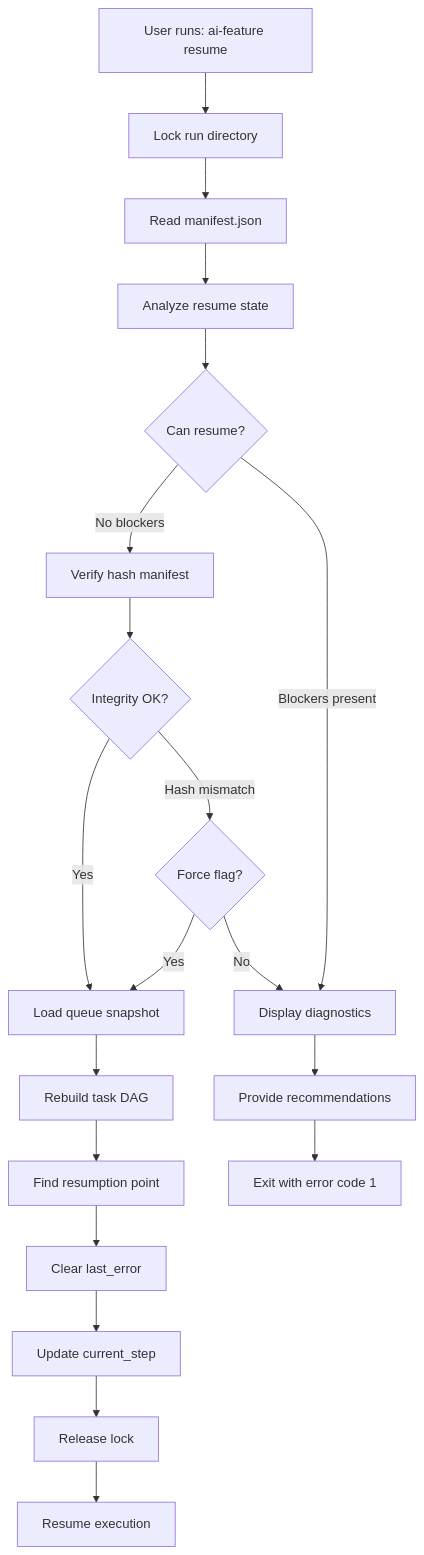
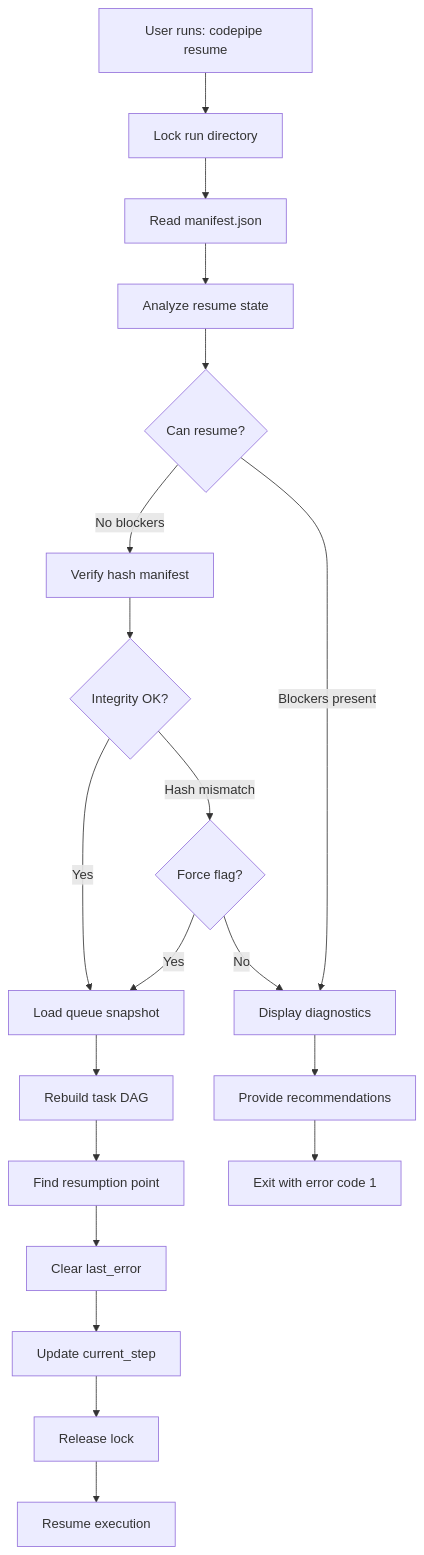
One commit to KingInYellows/codemachine-pipeline changed the diagram in docs/requirements/resume_playbook.md. Above: the diagram before and after it, drawn with Mermaid. The commit also changed other lines of this file and 100 other files, not shown here.

````diff
--- a/docs/requirements/resume_playbook.md
+++ b/docs/requirements/resume_playbook.md
@@ -264,24 +264,24 @@
 ```mermaid
 graph TD
-    A[User runs: ai-feature resume] --> B[Lock run directory]
+    A[User runs: codepipe resume] --> B[Lock run directory]
     B --> C[Read manifest.json]
     C --> D[Analyze resume state]
     D --> E{Can resume?}
     E -->|No blockers| F[Verify hash manifest]
     F --> G{Integrity OK?}
     G -->|Yes| H[Load queue snapshot]
     H --> I[Rebuild task DAG]
     I --> J[Find resumption point]
     J --> K[Clear last_error]
     K --> L[Update current_step]
     L --> M[Release lock]
     M --> N[Resume execution]
 
     E -->|Blockers present| O[Display diagnostics]
     O --> P[Provide recommendations]
     P --> Q[Exit with error code 1]
 
     G -->|Hash mismatch| R{Force flag?}
     R -->|Yes| H
     R -->|No| O
 ```
````
